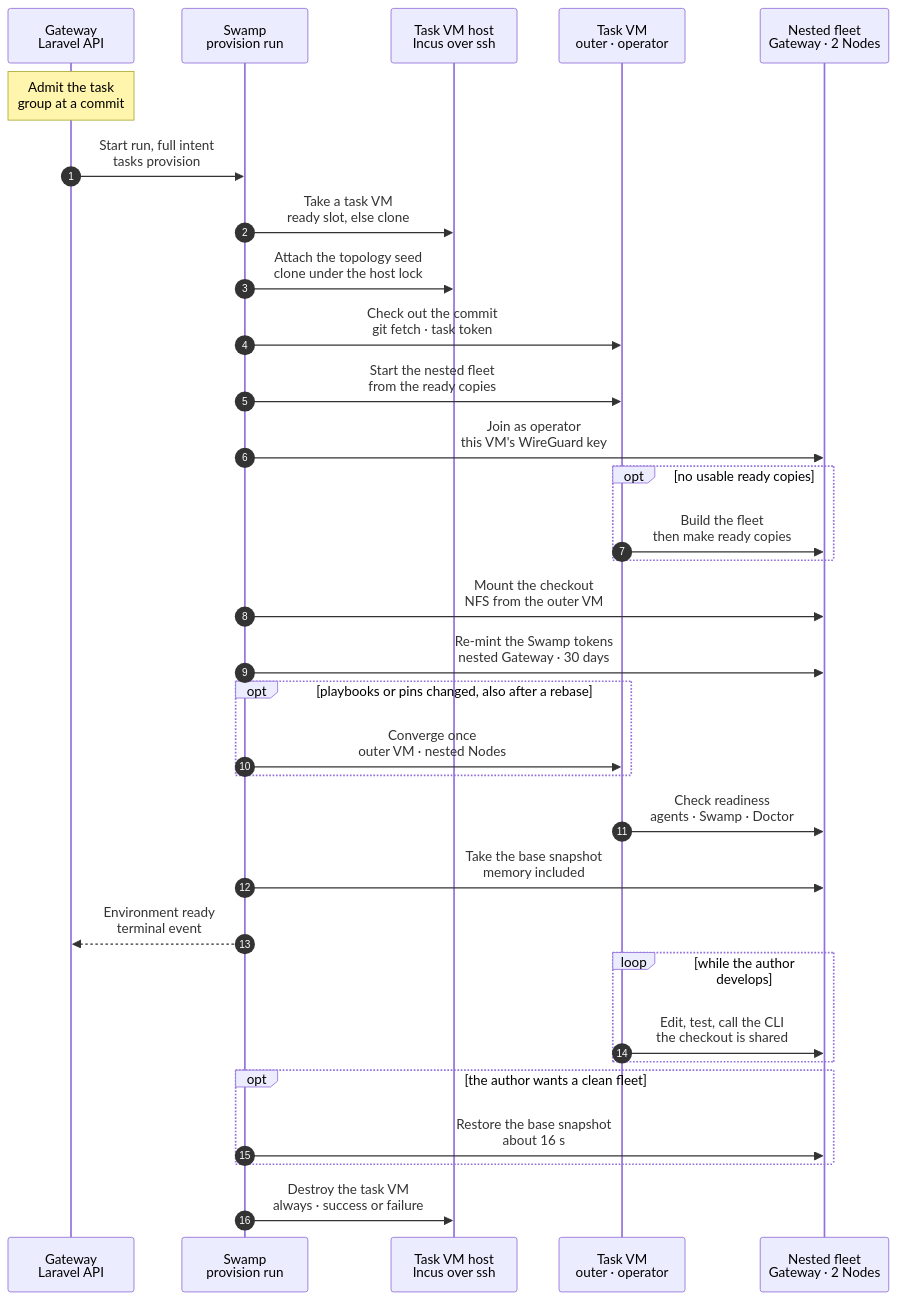
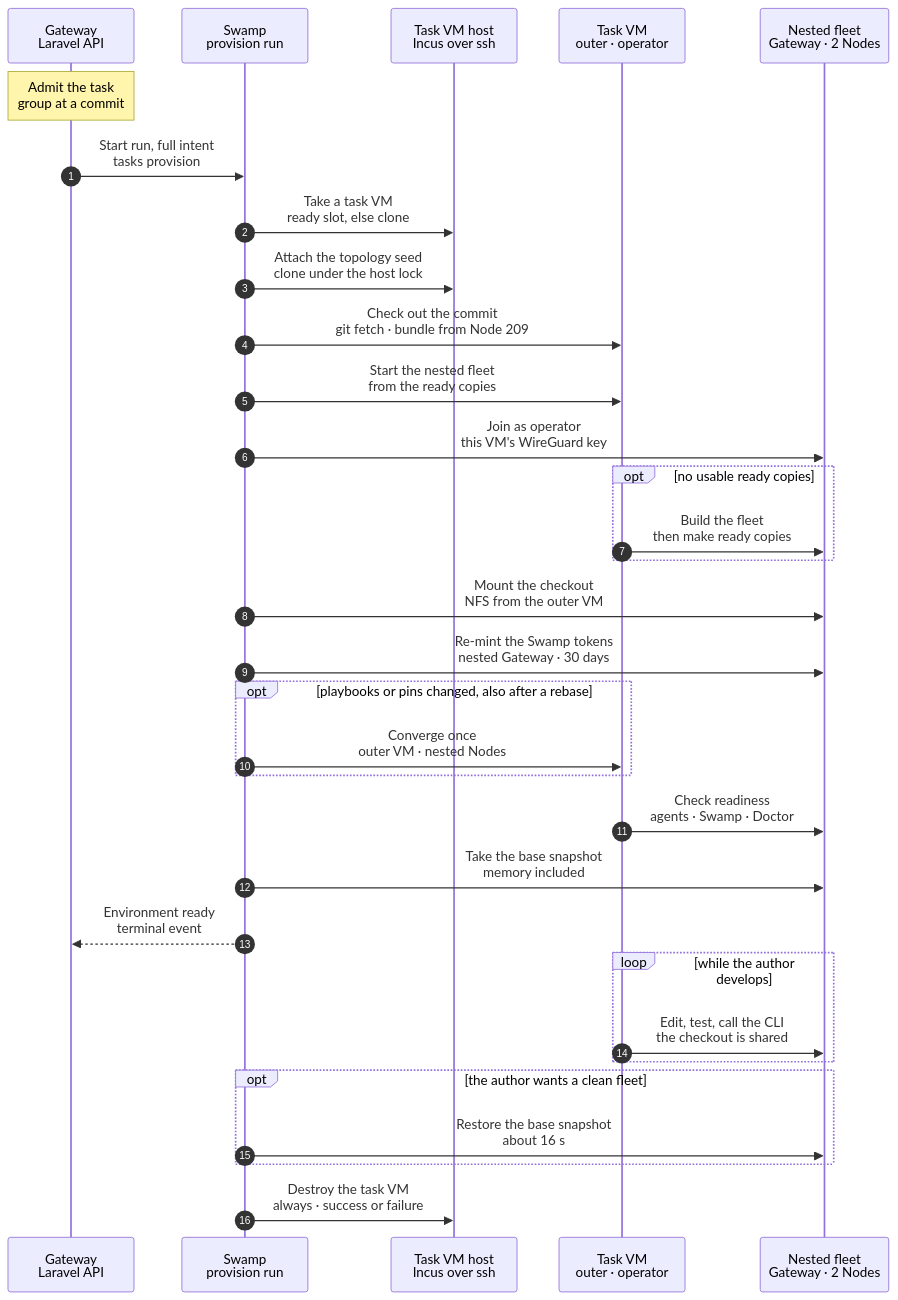
Before and after one commit to hardimpactdev/orbit: the diagram in docs/reference/pipeline/2-development-environment.mmd, drawn with Mermaid. The commit also changed 2 other files, not shown here.

Commit message:
Make the checkout steps safe to resume and correct for SHA-256 and empty thin bundles

```diff
--- a/docs/reference/pipeline/2-development-environment.mmd
+++ b/docs/reference/pipeline/2-development-environment.mmd
@@ -1,140 +1,140 @@
 sequenceDiagram
   %% Target design: stage 2 of the command development pipeline. A task VM, where an agent or Nick develops a command and the proof cases run too, holds a nested fleet (a Gateway with Swamp, an app-dev Node, an app-prod Node) that resets from the ready copies in the host's topology seed. The nested VMs mount the outer VM's checkout over NFS, so an edit reaches them at once with no sync, and memory snapshots still work (decided 2026-11-05). Uses the simple slot pool (task-vm.slots) as the target way to get the VM.
   %% status: draft
   %% command: development pipeline stage 2 · development environment
   %% kind: pipeline.2-development-environment
   autonumber
   %% lane GW icon=gateway pill=intent tone=blue
   %% lane SW icon=workflow pill=executes tone=green
   %% lane H icon=server pill=target tone=amber
   %% lane VM icon=server pill=target tone=purple
   %% lane NT icon=server pill=fleet tone=gray
   participant GW as Gateway<br/>Laravel API
   participant SW as Swamp<br/>provision run
   participant H as Task VM host<br/>Incus over ssh
   participant VM as Task VM<br/>outer · operator
   participant NT as Nested fleet<br/>Gateway · 2 Nodes
   Note over GW: Admit the task<br/>group at a commit
   %%> Requirements:
   %%> - an external task group in `todo` and a free task VM host
   %%> Result:
   %%> - the full intent is recorded; the group is reserved
   GW->>SW: Start run, full intent<br/>tasks provision
   %%> Why:
   %%> - the same run for a person, an agent or a CI proof
   SW->>H: Take a task VM<br/>ready slot, else clone
   %%> Target, not built:
   %%> - start a ready slot that was enrolled ahead of time and kept stopped; takes seconds (chart `task-vm.slots`)
   %%> Built today:
   %%> - clone the task image, boot, enrol (keys, WireGuard, observer), model key, Pi; takes minutes
   SW->>H: Attach the topology seed<br/>clone under the host lock
   %%> What it does:
   %%> - clones the seed of the host's task image; on ZFS the clone costs only what the Nodes write
   %%> - the VM sees it as the disk `topology-seed`
   %%> Why:
   %%> - each host keeps its own seed; nothing is copied between hosts
-  SW->>VM: Check out the commit<br/>git fetch · task token
+  SW->>VM: Check out the commit<br/>git fetch · bundle from Node 209
   %%> What it does:
   %%> - checks out the commit or branch the task works on; the read token is minted for the step on Node 209 and never reaches the VM
   %%> Decided by the orchestrator, for Nick's review (2026-11-06):
   %%> - one step on Node 209 clones the default branch and bundles it; one step on the VM fetches the bundle and starts the task branch at its commit
-  %%> - when the VM already holds a commit of the default branch, as a ready slot made ahead of the claim does, the clone takes no file contents and the bundle holds only the newer commits (`git clone --filter=blob:none`, `git bundle create main ^base^`); otherwise it holds the whole branch
-  %%> - replaces eight steps (a workspace child, clone, bundle, import, origin, branch, identity) that each cost a wave of the run
+  %%> - when the VM already holds a commit of the default branch, as a ready slot made ahead of the claim will (slots are not built yet), the clone takes no file contents and the bundle holds only the newer commits (`git clone --filter=blob:none`, `git bundle create main ^base^`); otherwise it holds the whole branch
+  %%> - replaces seven steps (a workspace child, clone, bundle, import, origin, branch, identity) that each cost a wave of the run
   %%> Time, measured on beast with the Orbit repository (2026-11-06):
-  %%> - a new workspace: fetch 6.4 s, checkout 2.8 s (79 MB bundle); a workspace that holds an older commit: fetch 2.8 s, checkout 0.1 s (0.2 MB)
+  %%> - a new workspace: fetch 6.4 s, checkout 2.8 s (79 MB bundle); a workspace that holds an older commit: fetch 2.8 s, checkout 0.1 s (0.2 MB); the second path runs in production only once slots hold a workspace
   %%> - before: 43 s from the start of the run to the checked-out branch (median run 101 s; the rest is the Project setup steps, about 40 s for Orbit, and the private dependency files, about 15 s)
   SW->>VM: Start the nested fleet<br/>from the ready copies
   %%> What it does:
   %%> - creates the nested network from the subnet stored with the ready copies
   %%> - per Node: copies the ready copy, adds its NIC with the stored MAC and address, starts all three
   %%> - each ready copy is self-contained: its own `.env`, storage, `bootstrap/cache` and database on its own disk (stage 6 saves them so); the code comes from the outer VM's checkout
   %%> - needs no earlier fleet in this VM and no state from the outer VM; the task owns the network and the three VMs
   %%> - then pushes the proof Swamp Club key into the nested Gateway, as today
   %%> Proposed 2026-11-05:
   %%> - replaces today's reset, which takes `.env`, storage, the agent manifest and the lease from an earlier fleet in the same VM, so it fails on a fresh VM
   %%> Time:
   %%> - about 75 seconds to a checked fleet, of which the boot is about 50
   SW->>NT: Join as operator<br/>this VM's WireGuard key
   %%> What it does:
   %%> - the outer VM makes its own WireGuard key; its public key goes into the nested Gateway's operator Node record with `incus exec` (the outer VM is the Incus host of the nested VMs, so this needs no network yet)
   %%> - the nested Gateway puts the key on its hub; the outer VM brings up WireGuard as the operator `10.45.0.10`
   %%> - the private key never leaves this task VM; each task VM has its own
   %%> Proposed 2026-11-05:
   %%> - the ready copies hold the operator Node record without a key (stage 6), so the key of the VM that made them never works anywhere else
   opt no usable ready copies
     VM->>NT: Build the fleet<br/>then make ready copies
     %%> When:
     %%> Decided by the orchestrator, for Nick's review: until the fleet build (`task_vm.fleet_build`) lands, the branch skips the fleet. The provision records "no nested fleet" (`nested_fleet: none`) on its result, and the VM stays usable for tasks that need no fleet. A proof run on such a VM fails early with `proof.no_nested_fleet`. When the fleet build lands, the branch calls it instead.
     %%> - a new task image has a seed with only the Node template until its first seed refresh (stage 6)
     %%> - copies of an older format count as not usable: the save writes `user.ready.format`, and the provision lists only the copies that carry the current value
     %%> Time:
     %%> - about 230 seconds; the build ends by making the ready copies for the next reset
   end
   SW->>NT: Mount the checkout<br/>NFS from the outer VM
   %%> What it does:
   %%> - the outer VM exports its checkout over NFS to the nested network only; the nested Gateway and app-dev mount it as their checkout
   %%> - `.env`, `storage` and `bootstrap/cache` stay on each VM's own disk, mounted over the shared checkout
   %%> - then the re-mint below and the apply step: migrations and a restart of the long-running services (queue worker, scheduler, agent-view subscriber), so they run the checked-out code
   %%> - stock NFS and systemd mount units, set up by the image and Node playbooks; no sync program
   %%> Why:
   %%> - an edit on the outer VM is in the nested VMs at once; nothing can run against old code
   %%> - Incus turns a shared folder into 9p when memory snapshots are on, and QEMU cannot snapshot a VM with 9p mounted; NFS is network traffic, so snapshots work
   %%> Measured on tvm-554, 2026-11-05:
   %%> - memory snapshot with NFS mounted: create 21 s, restore 10 s; an edit after the restore is visible at once
   %%> - `artisan --version` 0.39 s against 0.23 s local; Gateway unit tests 3.9 s against 2.8 s; HTTP requests the same
   %%> - installs and tests run on the outer VM against its local disk, so the slower NFS writes (a full `composer install` 17 s against 9 s) do not apply
   SW->>NT: Re-mint the Swamp tokens<br/>nested Gateway · 30 days
   %%> Decided by the orchestrator, for Nick's review (2026-11-06):
   %%> What it does:
   %%> - runs the play `remint` of the Gateway bootstrap playbook on the nested Gateway, from the mounted checkout, with the control plan the build left on that machine (`/opt/orbit/bootstrap/control.yml`)
   %%> - the Swamp CLI renews the tokens by the names and into the files the build used: `access token rotate` for the serve driver, the two workers and the Gateway's run and read tokens, a new enrollment token for each worker; each lasts 30 days
   %%> - a worker gets a new enrollment token under a new name; the old one was used once and expires with the task VM, so nothing revokes it
   %%> - stops serve and both workers while the tokens change, then starts them; the apply step that follows restarts the Gateway's own services, which read the new tokens
   %%> Why:
   %%> - the tokens of the ready copies are as old as the copies, so a fleet started from them would otherwise run a Swamp whose tokens expired; this step makes the age of the copies irrelevant, and the seed refresh needs no step for it
   %%> - the same fleet start does it every time, from the same mounted code the apply uses; it needs no key from the real Gateway, because these tokens belong to the nested Orbit
   %%> - runs only when the VM has the proof Swamp Club key (a proof task): the Swamp CLI needs it, the start pushes it to `~/.config/swamp/api-key` of the nested Gateway before this step, and this step restarts serve and the workers so they read it
   %%> - the certificates last 397 days and are issued again by the seed refresh; nothing else in the fleet expires within the life of a task
   %%> Time:
   %%> - not yet measured; recorded here when the first provision with it has run
   opt playbooks or pins changed, also after a rebase
     SW->>VM: Converge once<br/>outer VM · nested Nodes
     %%> What it does:
     %%> - image playbooks on the outer VM; role playbooks and pins on the nested Nodes, through the nested Orbit's `node:converge`
     %%> - the nested Orbit reads the playbooks from the mounted checkout
     %%> - after a rebase onto main, a running task picks up the tools main added since its start
     %%> Why:
     %%> - a tool update lives in code; this puts it in place once, and the snapshot taken next keeps it
     %%> - the base images are not touched; only the merge and the seed refresh change them
   end
   VM->>NT: Check readiness<br/>agents · Swamp · Doctor
   %%> What it does:
   %%> - every Node agent online, the Swamp worker enrolled, the Gateway knows the operator, Doctor has no finding
   SW->>NT: Take the base snapshot<br/>memory included
   %%> What it does:
   %%> - one Incus stateful snapshot `base` of the three nested VMs (`migration.stateful`, `size.state` = memory)
   %%> - every proof batch starts from it (stage 3)
   %%> - holds the proof Swamp Club key, pushed in after the restore of the ready copies, and the Swamp tokens renewed by this provision (30 days); accepted because `base` belongs to this task VM only and is destroyed with it; ready copies stay key-free
   %%> Why:
   %%> - possible because the checkout is an NFS mount, not an Incus shared folder
   SW-->>GW: Environment ready<br/>terminal event
   %%> Result:
   %%> - the Gateway marks the group running and records the VM; the proof (stage 3) or the proof CI (stage 4) uses the fleet
   loop while the author develops
     VM->>NT: Edit, test, call the CLI<br/>the checkout is shared
     %%> What it does:
     %%> - the author edits and runs tests on the outer VM; PHP in the nested VMs sees the change on the next request
     %%> - the candidate CLI on the outer VM talks to the nested Gateway as the operator
     %%> - after a new migration or a change to a long-running service, the author runs the apply step again
     %%> - when the change holds playbooks or pins, or after a rebase onto main, the converge step above runs once
   end
   opt the author wants a clean fleet
     SW->>NT: Restore the base snapshot<br/>about 16 s
     %%> What it keeps:
     %%> - the outer VM, Pi and the checkout; the apply step follows, so the restored fleet runs the current code
   end
   SW->>H: Destroy the task VM<br/>always · success or failure
   %%> Why:
   %%> - no proof VM stays behind; diagnostics are kept, not running VMs
   %%> Target, not built:
   %%> - the Gateway then enrols a new slot to refill the pool of ready slots
```
